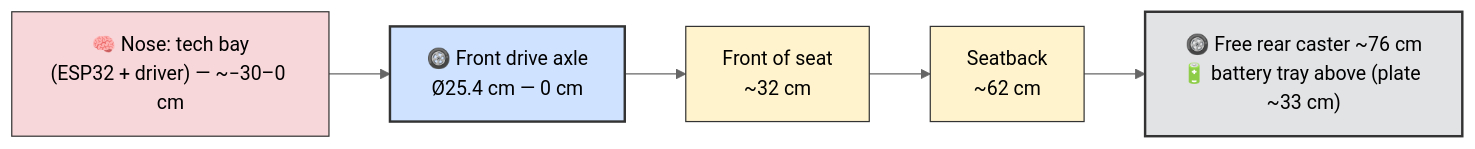
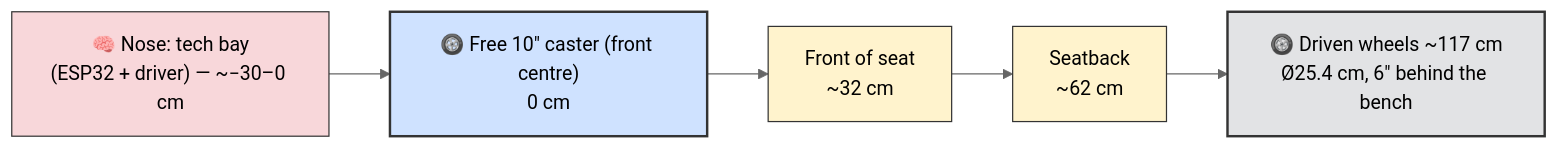
Before and after one commit to pinkymaxou/powered-soapbox-car: the second of 9 diagrams in README.md, drawn with Mermaid (neutral theme). The commit also changed other lines of this file and 9 other files, not shown here.

First line of the commit message:
The caster goes to the front, then the bench steps off the axle

````diff
--- a/README.md
+++ b/README.md
@@ -173,19 +174,19 @@
 ```mermaid
 flowchart LR
     BAY["🧠 Nose: tech bay<br/>(ESP32 + driver) — ~−30–0 cm"]
-    AV["🛞 Front drive axle<br/>Ø25.4 cm — 0 cm"]
+    AV["🛞 Free 10″ caster (front centre)<br/>0 cm"]
     ASS["Front of seat<br/>~32 cm"]
     DOS["Seatback<br/>~62 cm"]
-    AR["🛞 Free rear caster ~76 cm<br/>🔋 battery tray above (plate ~33 cm)"]
+    AR["🛞 Driven wheels ~117 cm<br/>Ø25.4 cm, 6″ behind the bench"]
 
     BAY --> AV --> ASS --> DOS --> AR
 
     classDef axe fill:#cfe2ff,stroke:#333,stroke-width:2px;
     classDef caster fill:#e2e3e5,stroke:#333,stroke-width:2px;
     classDef ergo fill:#fff3cd,stroke:#333;
     classDef elec fill:#f8d7da,stroke:#333;
     class AV axe;
     class AR caster;
     class ASS,DOS ergo;
     class BAY elec;
 ```
````
